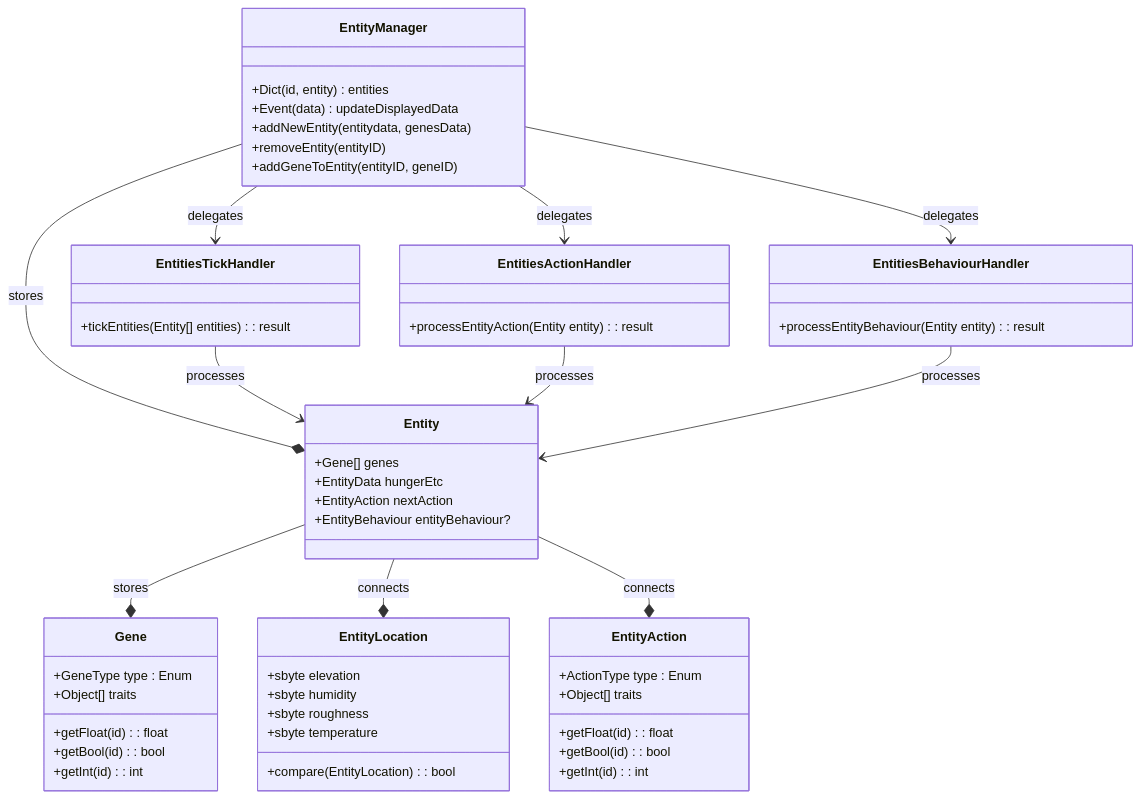
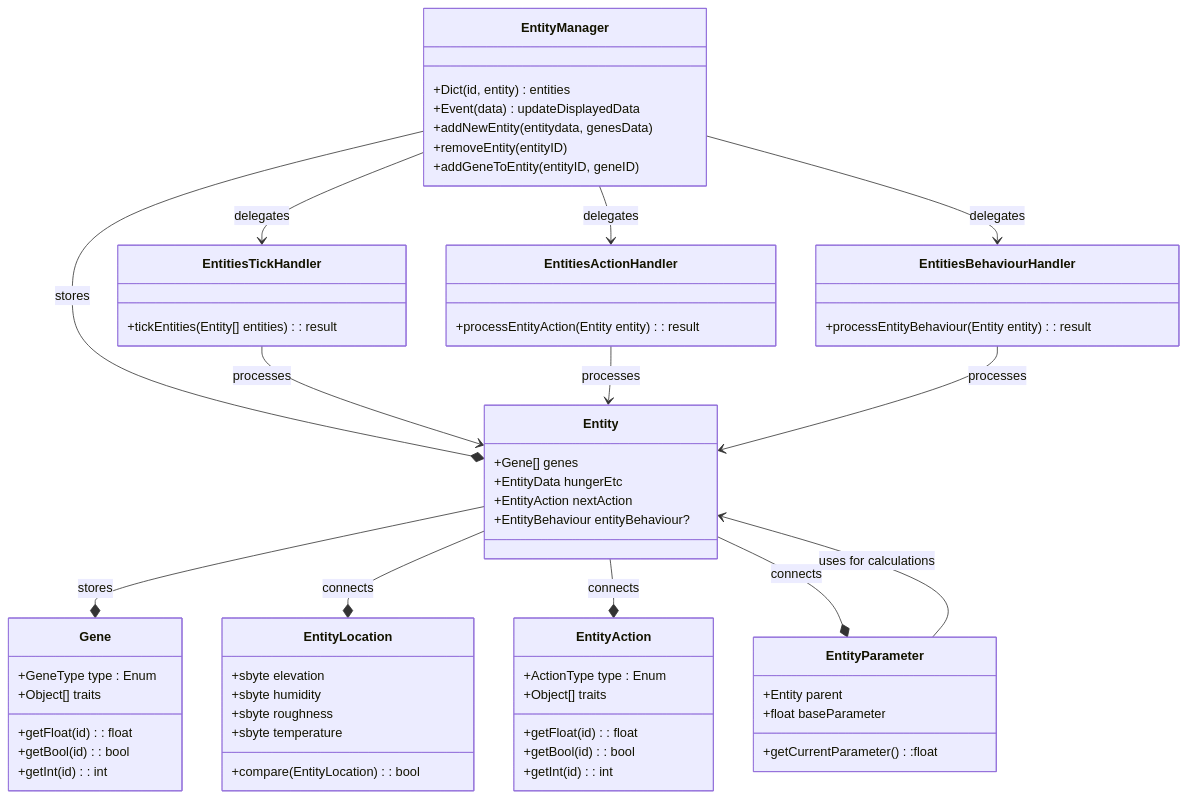
Before and after one commit to Mephris/Wilder: the second of 3 diagrams in TDD.md, drawn with Mermaid. The commit also changed 3 other files, not shown here.

````diff
--- a/TDD.md
+++ b/TDD.md
@@ -43,71 +43,80 @@
 ```mermaid
 classDiagram
 
 class EntityManager{
 	+Dict(id, entity) entities
 	+Event(data) updateDisplayedData
 	
 	+addNewEntity(entitydata, genesData)
 	+removeEntity(entityID)
 	+addGeneToEntity(entityID, geneID)
 }
 
 class EntitiesTickHandler{
 	+tickEntities(Entity[] entities) : result
 }
 
 class EntitiesActionHandler{
 	+processEntityAction(Entity entity) : result
 }
 
 class EntitiesBehaviourHandler{
 	+processEntityBehaviour(Entity entity) : result
 }
 
 class Entity{
 	+Gene[] genes
 	+EntityData hungerEtc
 	+EntityAction nextAction
 	+EntityBehaviour entityBehaviour?
 }
 
 class Gene{
 	+GeneType type : Enum
 	+Object[] traits
 	
 	+getFloat(id) : float
 	+getBool(id) : bool
 	+getInt(id) : int
 }
 
 class EntityLocation {
 	+sbyte elevation
 	+sbyte humidity
 	+sbyte roughness
 	+sbyte temperature
 	
 	+compare(EntityLocation) : bool
 }
 
 class EntityAction {
 	+ActionType type : Enum
 	+Object[] traits
 	
 	+getFloat(id) : float
 	+getBool(id) : bool
 	+getInt(id) : int
 }
 
+class EntityParameter {
+	+Entity parent
+	+float baseParameter
+	
+	+getCurrentParameter():float
+}
+
 EntityManager --* Entity : stores
 EntityManager --> EntitiesActionHandler : delegates
 EntityManager --> EntitiesTickHandler : delegates
 EntityManager --> EntitiesBehaviourHandler : delegates
 EntitiesTickHandler --> Entity : processes
 EntitiesActionHandler --> Entity : processes
 EntitiesBehaviourHandler --> Entity : processes
 Entity --* Gene : stores
 Entity --* EntityLocation : connects
 Entity --* EntityAction : connects
+Entity --* EntityParameter : connects
+EntityParameter -->  Entity : uses for calculations
 
 
 ```
````
